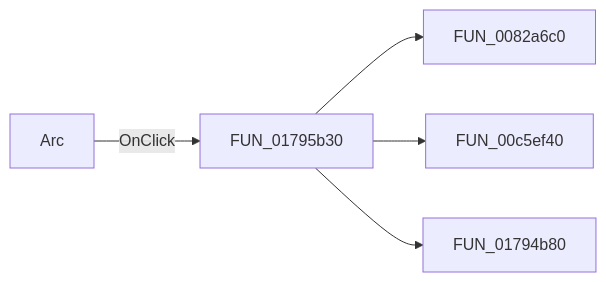
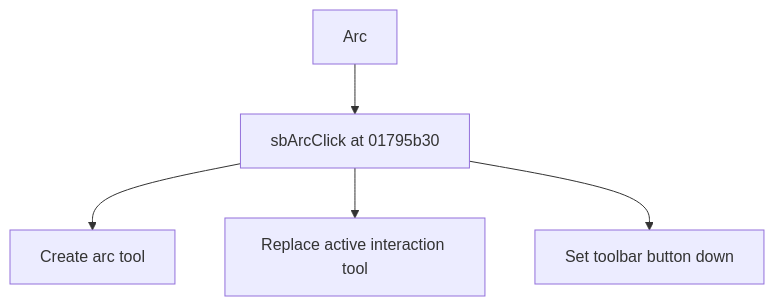
Before and after one commit to MovGP0/TIARA: the diagram in docs/ui-controls/shapeedit/sbarc-df6a4f6972.md, drawn with Mermaid. The commit also changed other lines of this file and 1062 other files, not shown here.

````diff
--- a/docs/ui-controls/shapeedit/sbarc-df6a4f6972.md
+++ b/docs/ui-controls/shapeedit/sbarc-df6a4f6972.md
@@ -27,7 +27,7 @@
 ```mermaid
-flowchart LR
-    control["Arc"] -->|OnClick| handler["FUN_01795b30"]
-    handler --> call1["FUN_0082a6c0"]
-    handler --> call2["FUN_00c5ef40"]
-    handler --> call3["FUN_01794b80"]
+flowchart TD
+    control["Arc"] --> handler["sbArcClick at 01795b30"]
+    handler --> step1["Create arc tool"]
+    handler --> step2["Replace active interaction tool"]
+    handler --> step3["Set toolbar button down"]
 ```
````
